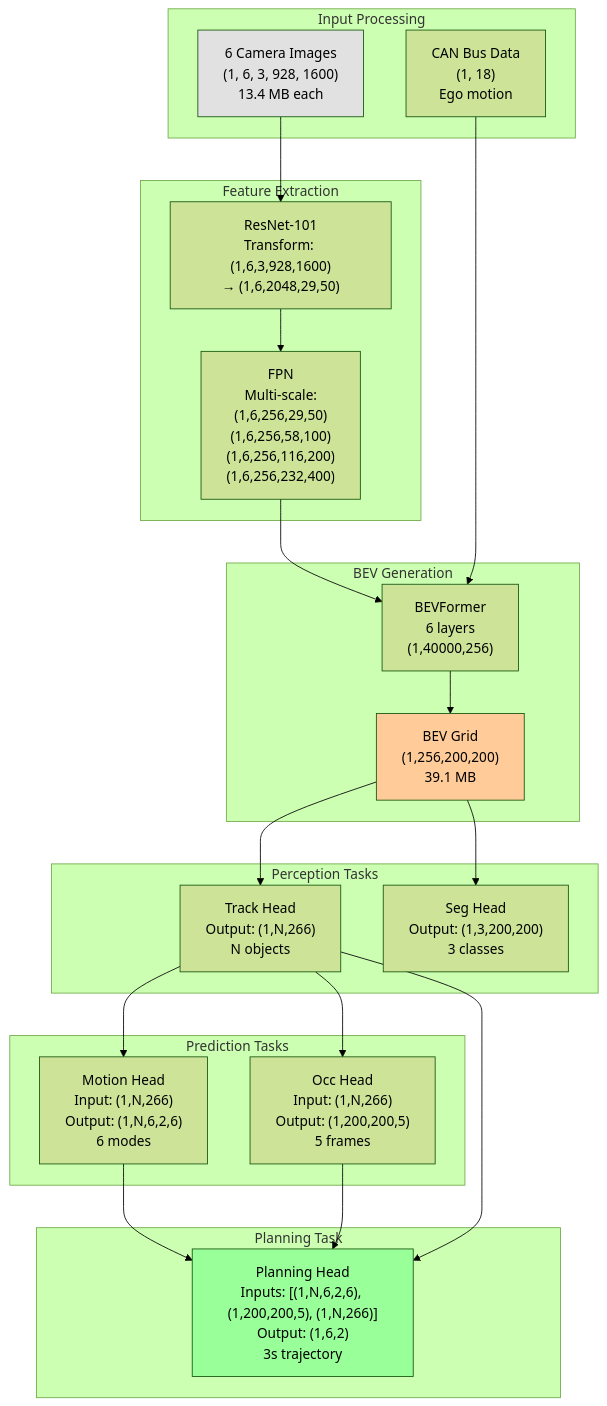
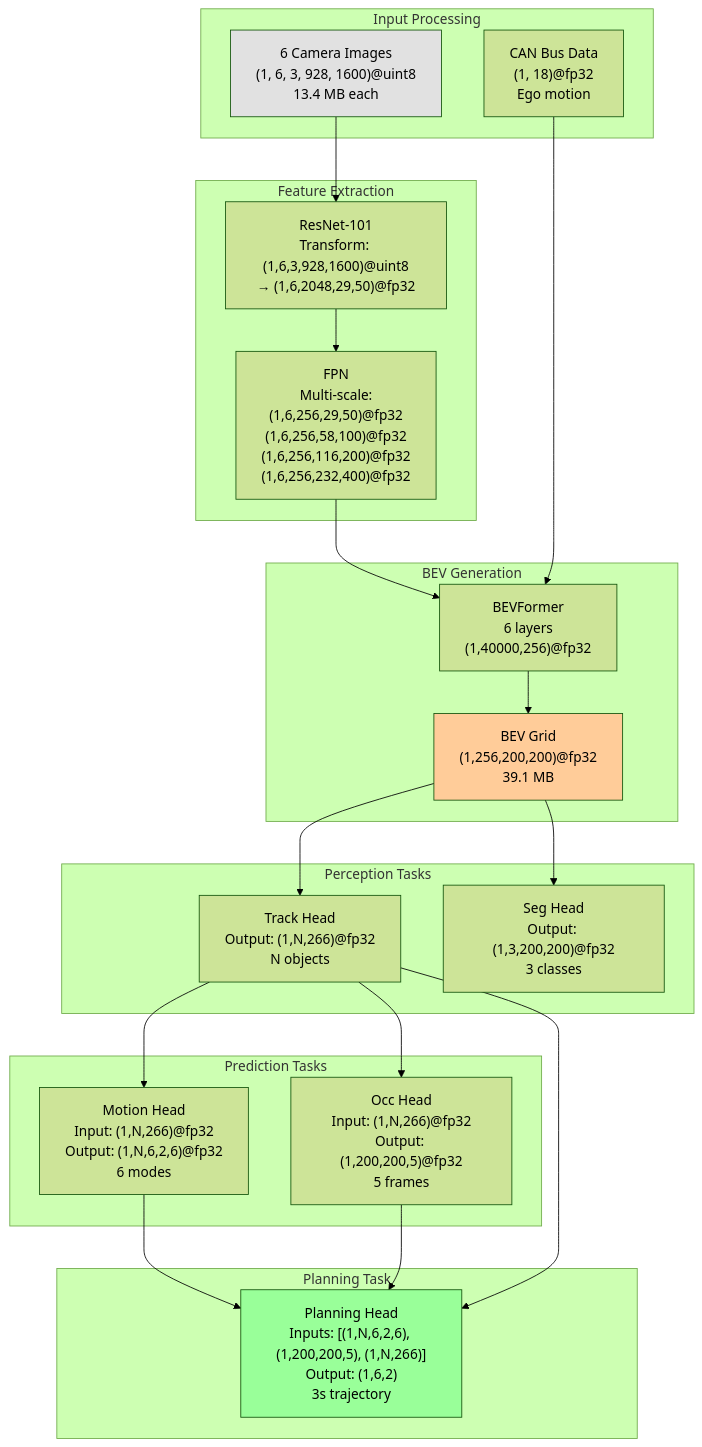
The ninth of 10 diagrams in tools/pytorch_op_tracer/SPEC.md (litanlitudan/UniAD), drawn with Mermaid (forest theme) before and after one commit. The commit also changed other lines of this file and 17 other files, not shown here.

````diff
--- a/tools/pytorch_op_tracer/SPEC.md
+++ b/tools/pytorch_op_tracer/SPEC.md
@@ -796,39 +946,39 @@
 ```mermaid
 graph TB
     %% Complete tensor shape flow through UniAD pipeline
     subgraph "Input Processing"
-        Img["6 Camera Images<br/>(1, 6, 3, 928, 1600)<br/>13.4 MB each"]
-        CAN["CAN Bus Data<br/>(1, 18)<br/>Ego motion"]
+        Img["6 Camera Images<br/>(1, 6, 3, 928, 1600)@uint8<br/>13.4 MB each"]
+        CAN["CAN Bus Data<br/>(1, 18)@fp32<br/>Ego motion"]
     end
     
     subgraph "Feature Extraction"
-        Img --> Backbone["ResNet-101<br/>Transform: (1,6,3,928,1600)<br/>→ (1,6,2048,29,50)"]
-        Backbone --> FPN["FPN<br/>Multi-scale:<br/>(1,6,256,29,50)<br/>(1,6,256,58,100)<br/>(1,6,256,116,200)<br/>(1,6,256,232,400)"]
+        Img --> Backbone["ResNet-101<br/>Transform: (1,6,3,928,1600)@uint8<br/>→ (1,6,2048,29,50)@fp32"]
+        Backbone --> FPN["FPN<br/>Multi-scale:<br/>(1,6,256,29,50)@fp32<br/>(1,6,256,58,100)@fp32<br/>(1,6,256,116,200)@fp32<br/>(1,6,256,232,400)@fp32"]
     end
     
     subgraph "BEV Generation"
-        FPN --> BEVEnc["BEVFormer<br/>6 layers<br/>(1,40000,256)"]
+        FPN --> BEVEnc["BEVFormer<br/>6 layers<br/>(1,40000,256)@fp32"]
         CAN --> BEVEnc
-        BEVEnc --> BEVGrid["BEV Grid<br/>(1,256,200,200)<br/>39.1 MB"]
+        BEVEnc --> BEVGrid["BEV Grid<br/>(1,256,200,200)@fp32<br/>39.1 MB"]
     end
     
     subgraph "Perception Tasks"
-        BEVGrid --> Track["Track Head<br/>Output: (1,N,266)<br/>N objects"]
-        BEVGrid --> Seg["Seg Head<br/>Output: (1,3,200,200)<br/>3 classes"]
+        BEVGrid --> Track["Track Head<br/>Output: (1,N,266)@fp32<br/>N objects"]
+        BEVGrid --> Seg["Seg Head<br/>Output: (1,3,200,200)@fp32<br/>3 classes"]
     end
     
     subgraph "Prediction Tasks"
-        Track --> Motion["Motion Head<br/>Input: (1,N,266)<br/>Output: (1,N,6,2,6)<br/>6 modes"]
-        Track --> Occ["Occ Head<br/>Input: (1,N,266)<br/>Output: (1,200,200,5)<br/>5 frames"]
+        Track --> Motion["Motion Head<br/>Input: (1,N,266)@fp32<br/>Output: (1,N,6,2,6)@fp32<br/>6 modes"]
+        Track --> Occ["Occ Head<br/>Input: (1,N,266)@fp32<br/>Output: (1,200,200,5)@fp32<br/>5 frames"]
     end
     
     subgraph "Planning Task"
         Motion --> Plan["Planning Head<br/>Inputs: [(1,N,6,2,6), (1,200,200,5), (1,N,266)]<br/>Output: (1,6,2)<br/>3s trajectory"]
         Occ --> Plan
         Track --> Plan
     end
     
     style Img fill:#e1e1e1
     style BEVGrid fill:#ffcc99
     style Plan fill:#99ff99
 ```
````
